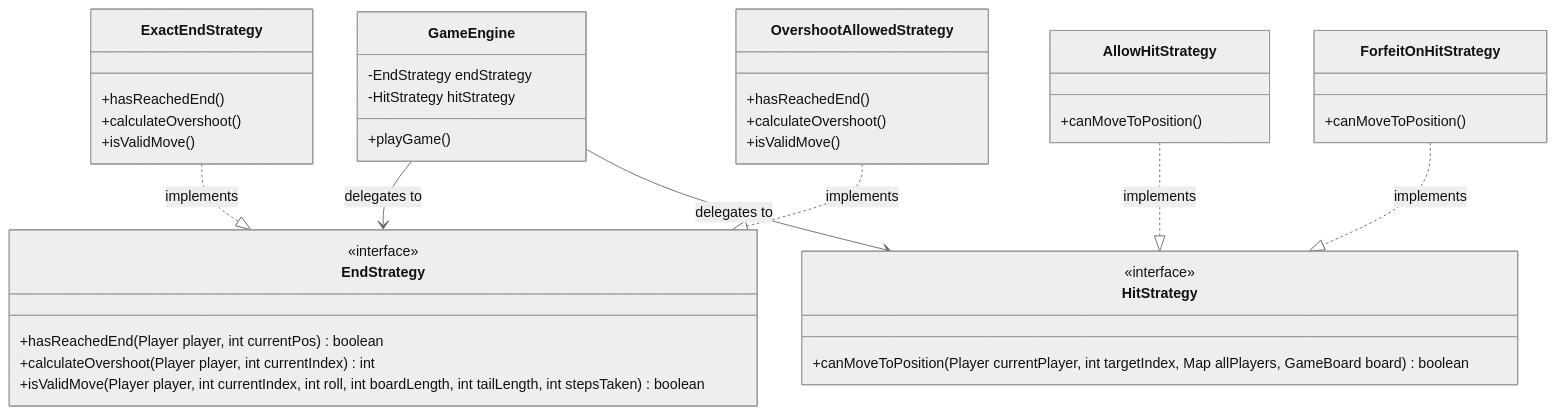
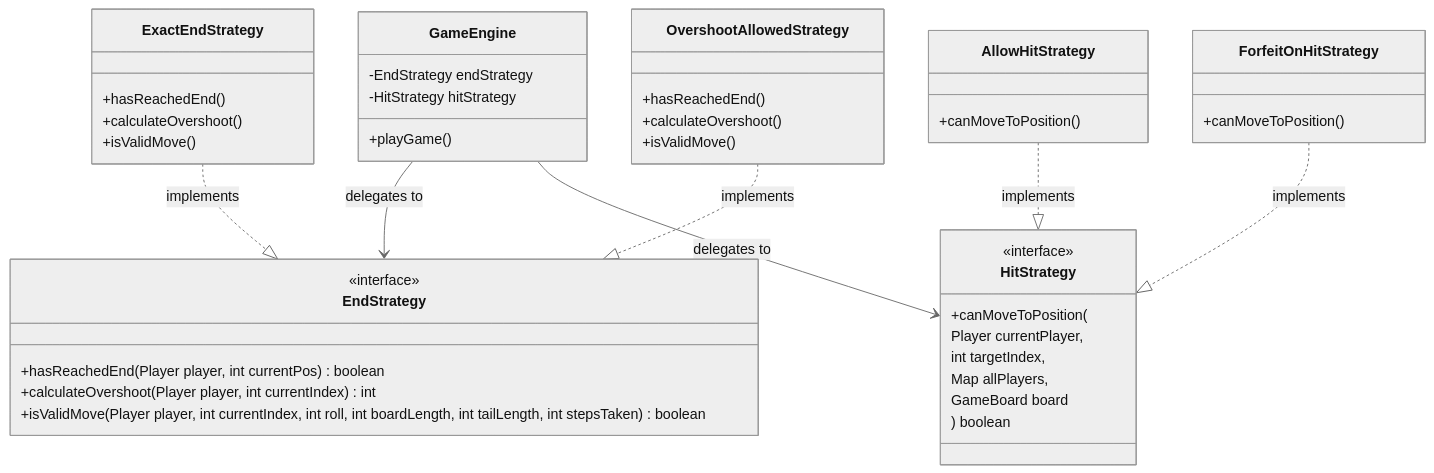
Before and after one commit to daniel140280/Daniel_Hall_23748364: the fourth of 4 diagrams in README.md, drawn with Mermaid (neutral theme).

Commit message:
README check mermaid for Strategies

````diff
--- a/README.md
+++ b/README.md
@@ -126,57 +126,59 @@
 ```mermaid
 classDiagram
-    direction TB
-
-    %% Top-level
+    %% Define the top node first
     class GameEngine {
         -EndStrategy endStrategy
         -HitStrategy hitStrategy
         +playGame()
     }
 
-    %% Interfaces
+    %% Define the interfaces next
     class EndStrategy {
         <<interface>>
         +hasReachedEnd(Player player, int currentPos) boolean
         +calculateOvershoot(Player player, int currentIndex) int
         +isValidMove(Player player, int currentIndex, int roll, int boardLength, int tailLength, int stepsTaken) boolean
     }
 
     class HitStrategy {
         <<interface>>
-        +canMoveToPosition(Player currentPlayer, int targetIndex, Map<Player, PlayersInGameContext> allPlayers, GameBoard board) boolean
+        +canMoveToPosition(
+            Player currentPlayer,
+            int targetIndex,
+            Map<Player, PlayersInGameContext> allPlayers,
+            GameBoard board
+        ) boolean
     }
 
-    %% Implementations under EndStrategy
+    %% Define the EndStrategy implementations under the interface
     class ExactEndStrategy {
         +hasReachedEnd()
         +calculateOvershoot()
         +isValidMove()
     }
 
     class OvershootAllowedStrategy {
         +hasReachedEnd()
         +calculateOvershoot()
         +isValidMove()
     }
 
-    %% Implementations under HitStrategy
+    %% Define the HitStrategy implementations under the interface
     class AllowHitStrategy {
         +canMoveToPosition()
     }
 
     class ForfeitOnHitStrategy {
         +canMoveToPosition()
     }
 
-    %% Relationships
+    %% Relationships (keep them after all classes to reduce layout surprises)
     GameEngine --> EndStrategy : delegates to
     GameEngine --> HitStrategy : delegates to
 
     ExactEndStrategy ..|> EndStrategy : implements
     OvershootAllowedStrategy ..|> EndStrategy : implements
 
     AllowHitStrategy ..|> HitStrategy : implements
     ForfeitOnHitStrategy ..|> HitStrategy : implements
-
 ```
````
